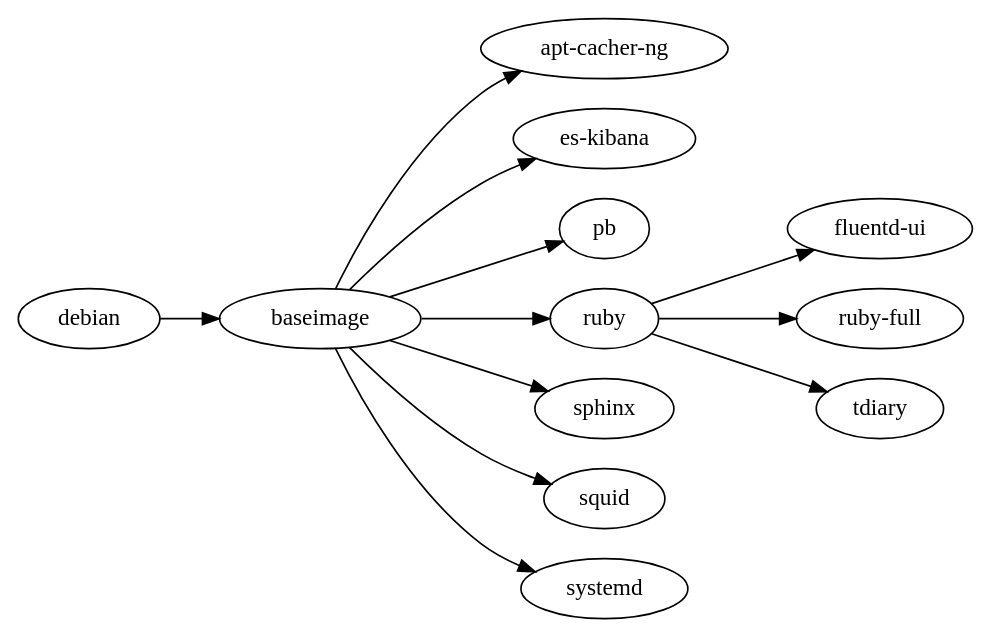
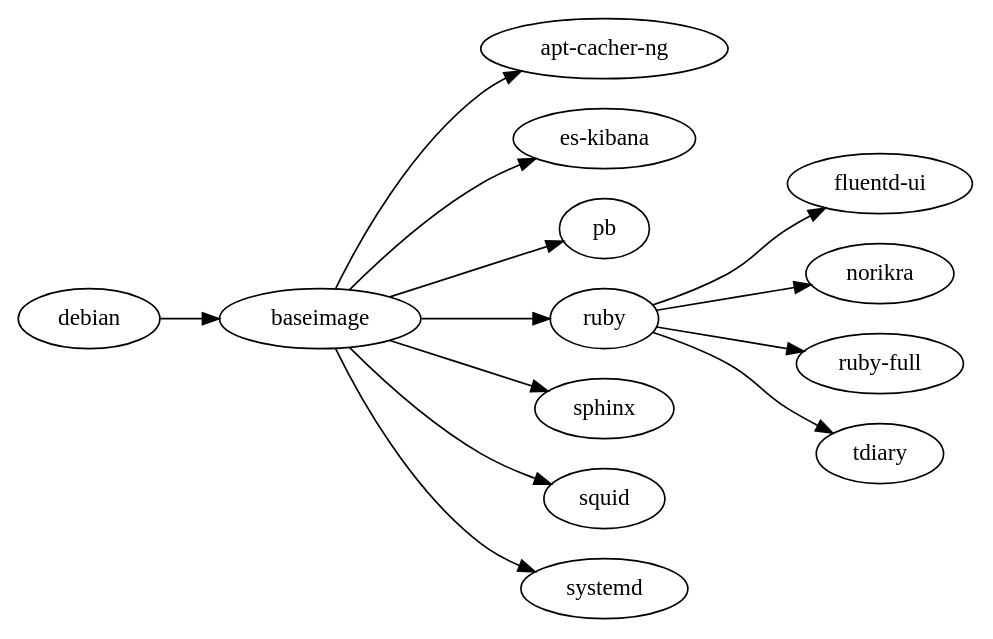
The diagram in deps.dot (minimum2scp/dockerfiles), drawn with Graphviz before and after one commit.

```diff
--- a/deps.dot
+++ b/deps.dot
@@ -1,21 +1,22 @@
 digraph deps {
   graph        [rankdir = "LR"];
   ratio = auto;
 
   acng         [label = "apt-cacher-ng"];
   baseimage    [label = "baseimage"];
   debian       [label = "debian"];
   es_kibana    [label = "es-kibana"];
   fluentd_ui   [label = "fluentd-ui"];
+  norikra      [label = "norikra"];
   pb           [label = "pb"];
   ruby         [label = "ruby"];
   ruby_full    [label = "ruby-full"];
   sphinx       [label = "sphinx"];
   squid        [label = "squid"];
   systemd      [label = "systemd"];
   tdiary       [label = "tdiary"];
 
   debian    -> baseimage;
   baseimage -> {acng, es_kibana, pb, ruby, sphinx, squid, systemd};
-  ruby      -> {fluentd_ui, ruby_full, tdiary};
+  ruby      -> {fluentd_ui, norikra, ruby_full, tdiary};
 }
```
